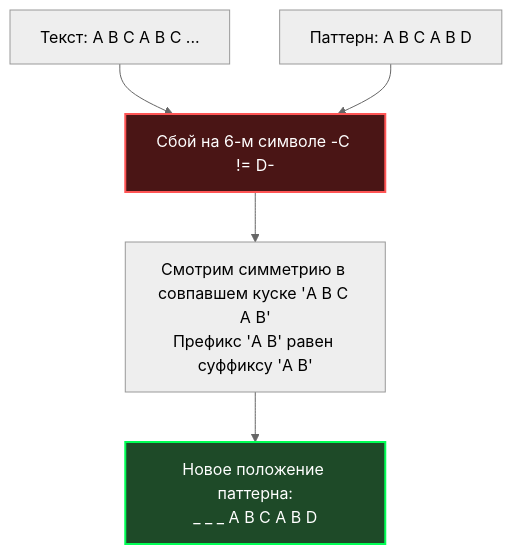
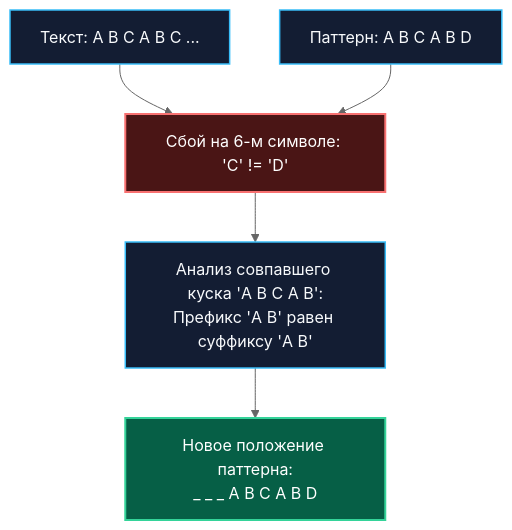
The diagram in sources/20. Алгоритмы и структуры данных (DSA) на Go/12. Строки/2. Алгоритм Кнута Морриса Пратта.md (UnrealTemplier/go-textbook), drawn with Mermaid (neutral theme) before and after one commit. The commit also changed other lines of this file, not shown here.

````diff
--- a/sources/20. Алгоритмы и структуры данных (DSA) на Go/12. Строки/2. Алгоритм Кнута Морриса Пратта.md
+++ b/sources/20. Алгоритмы и структуры данных (DSA) на Go/12. Строки/2. Алгоритм Кнута Морриса Пратта.md
@@ -20,18 +28,21 @@
 ```mermaid
 flowchart TD
     T["Текст: A B C A B C ..."]
     P1["Паттерн: A B C A B D"]
-    M["Сбой на 6-м символе -C != D-"]
+    M["Сбой на 6-м символе: 'C' != 'D'"]
     
-    LPS["Смотрим симметрию в совпавшем куске 'A B C A B'<br>Префикс 'A B' равен суффиксу 'A B'"]
+    LPS["Анализ совпавшего куска 'A B C A B':<br>Префикс 'A B' равен суффиксу 'A B'"]
     
     P2["Новое положение паттерна:<br>_ _ _ A B C A B D"]
     
     T --> M
     P1 --> M
     M --> LPS
     LPS --> P2
-    
-    style M fill:#4a1515,stroke:#ff5555,stroke-width:2px,color:#fff
-    style P2 fill:#1e4a28,stroke:#00ff55,stroke-width:2px,color:#fff
+
+    classDef default fill:#131d33,stroke:#38bdf8,stroke-width:1.5px,color:#f8fafc;
+    classDef failNode fill:#4a1515,stroke:#f87171,stroke-width:2px,color:#ffffff;
+    classDef okNode fill:#065f46,stroke:#34d399,stroke-width:2px,color:#ffffff;
+    class M failNode;
+    class P2 okNode;
 ```
````
